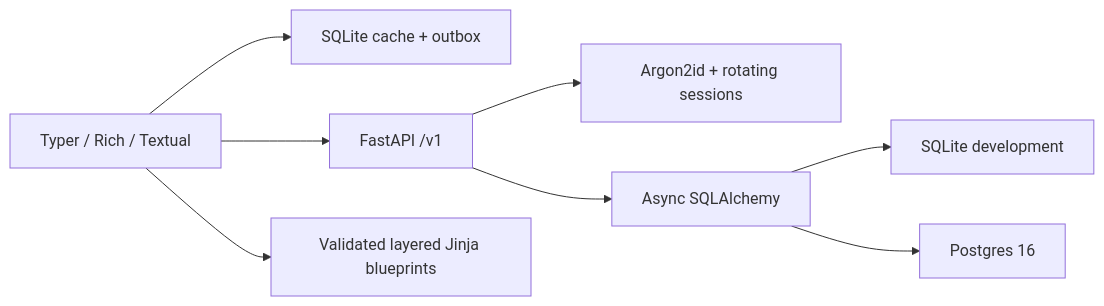
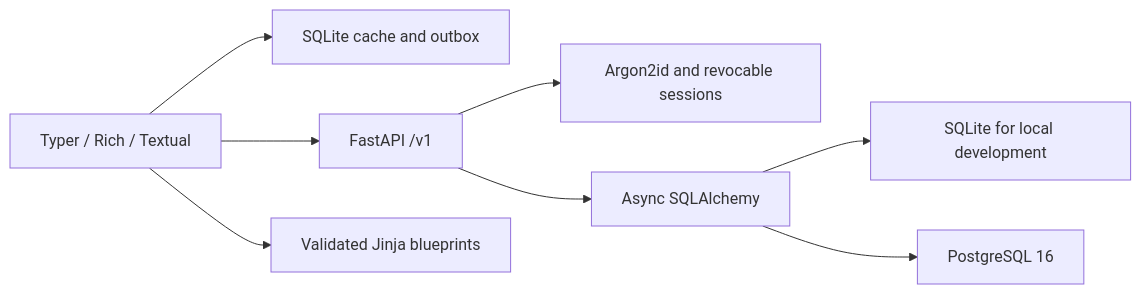
The diagram in README.md (arpityadav526/Flunky), drawn with Mermaid before and after one commit. The commit also changed other lines of this file and 174 other files, not shown here.

````diff
--- a/README.md
+++ b/README.md
@@ -68,10 +144,10 @@
 ```mermaid
 flowchart LR
-  CLI[Typer / Rich / Textual] --> Cache[SQLite cache + outbox]
+  CLI[Typer / Rich / Textual] --> Cache[SQLite cache and outbox]
   CLI --> API[FastAPI /v1]
-  API --> Auth[Argon2id + rotating sessions]
+  API --> Auth[Argon2id and revocable sessions]
   API --> DB[Async SQLAlchemy]
-  DB --> SQLite[SQLite development]
-  DB --> Postgres[Postgres 16]
-  CLI --> Templates[Validated layered Jinja blueprints]
+  DB --> SQLite[SQLite for local development]
+  DB --> Postgres[PostgreSQL 16]
+  CLI --> Templates[Validated Jinja blueprints]
 ```
````
